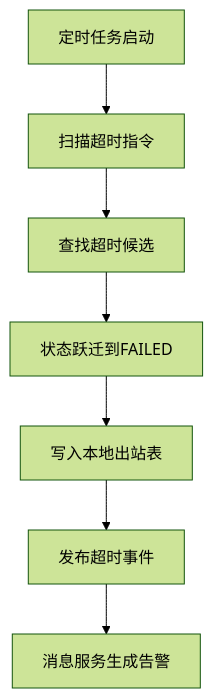
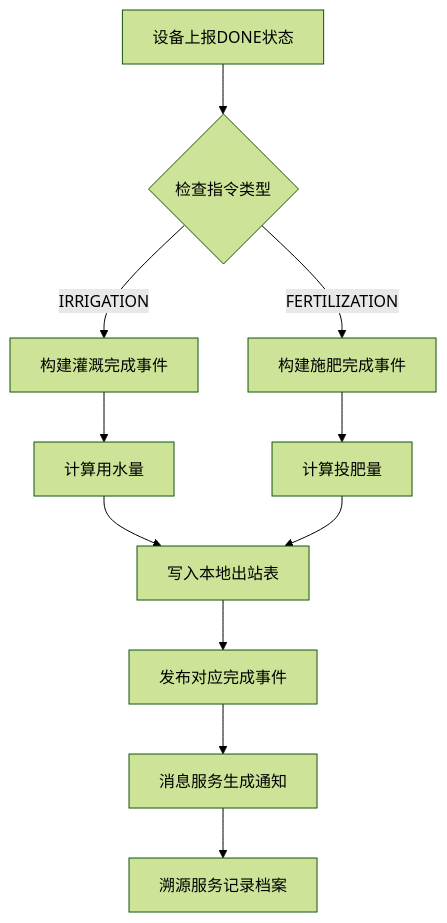
The fifth of 34 diagrams in .qoder/repowiki/zh/content/核心服务文档/其他业务服务.md (q446328246/agri-platform), drawn with Mermaid (forest theme) before and after one commit. The commit also changed other lines of this file and 35 other files, not shown here.

````diff
--- a/.qoder/repowiki/zh/content/核心服务文档/其他业务服务.md
+++ b/.qoder/repowiki/zh/content/核心服务文档/其他业务服务.md
@@ -260,9 +298,13 @@
 ```mermaid
 flowchart TD
-START["定时任务启动"] --> SCAN["扫描超时指令"]
-SCAN --> CANDIDATES["查找超时候选"]
-CANDIDATES --> TRANSITION["状态跃迁到FAILED"]
-TRANSITION --> OUTBOX["写入本地出站表"]
-OUTBOX --> EVENT["发布超时事件"]
-EVENT --> MESSAGE["消息服务生成告警"]
+DONE["设备上报DONE状态"] --> CHECK{"检查指令类型"}
+CHECK --> |IRRIGATION| BUILD_IRR["构建灌溉完成事件"]
+CHECK --> |FERTILIZATION| BUILD_FERT["构建施肥完成事件"]
+BUILD_IRR --> CALC_WATER["计算用水量"]
+BUILD_FERT --> CALC_FERT["计算投肥量"]
+CALC_WATER --> OUTBOX["写入本地出站表"]
+CALC_FERT --> OUTBOX
+OUTBOX --> EVENT["发布对应完成事件"]
+EVENT --> MESSAGE["消息服务生成通知"]
+MESSAGE --> TRACE["溯源服务记录档案"]
 ```
````
